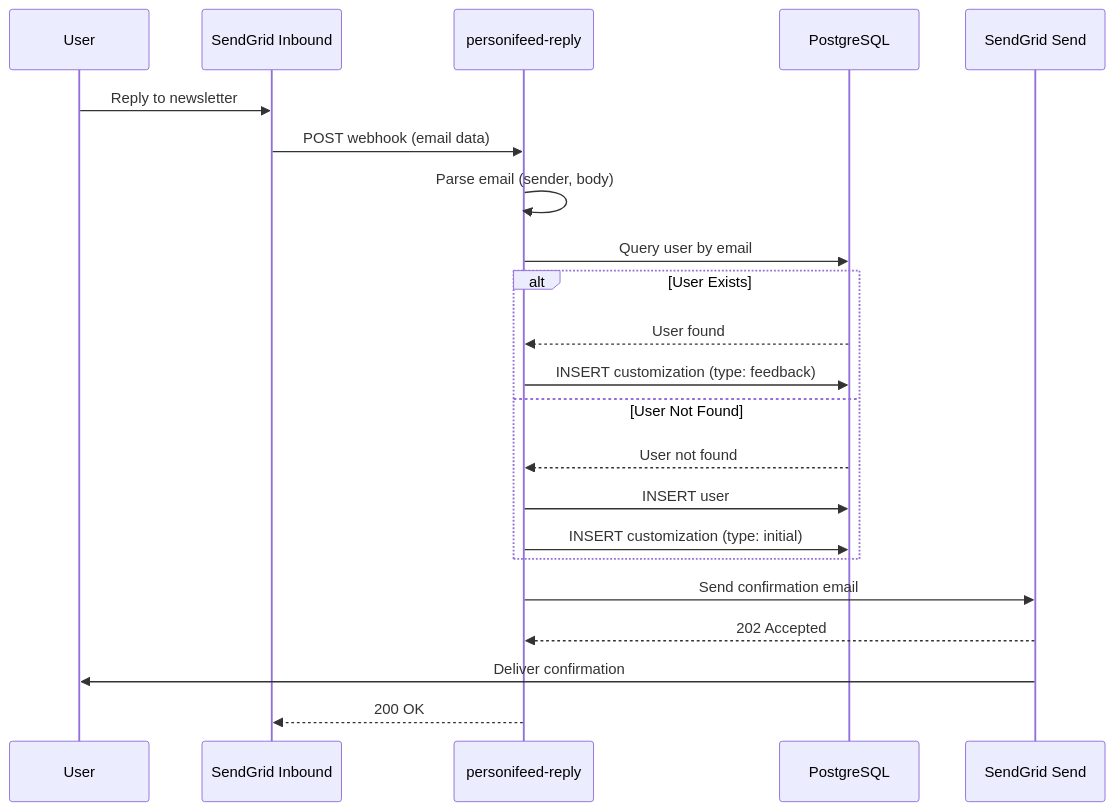
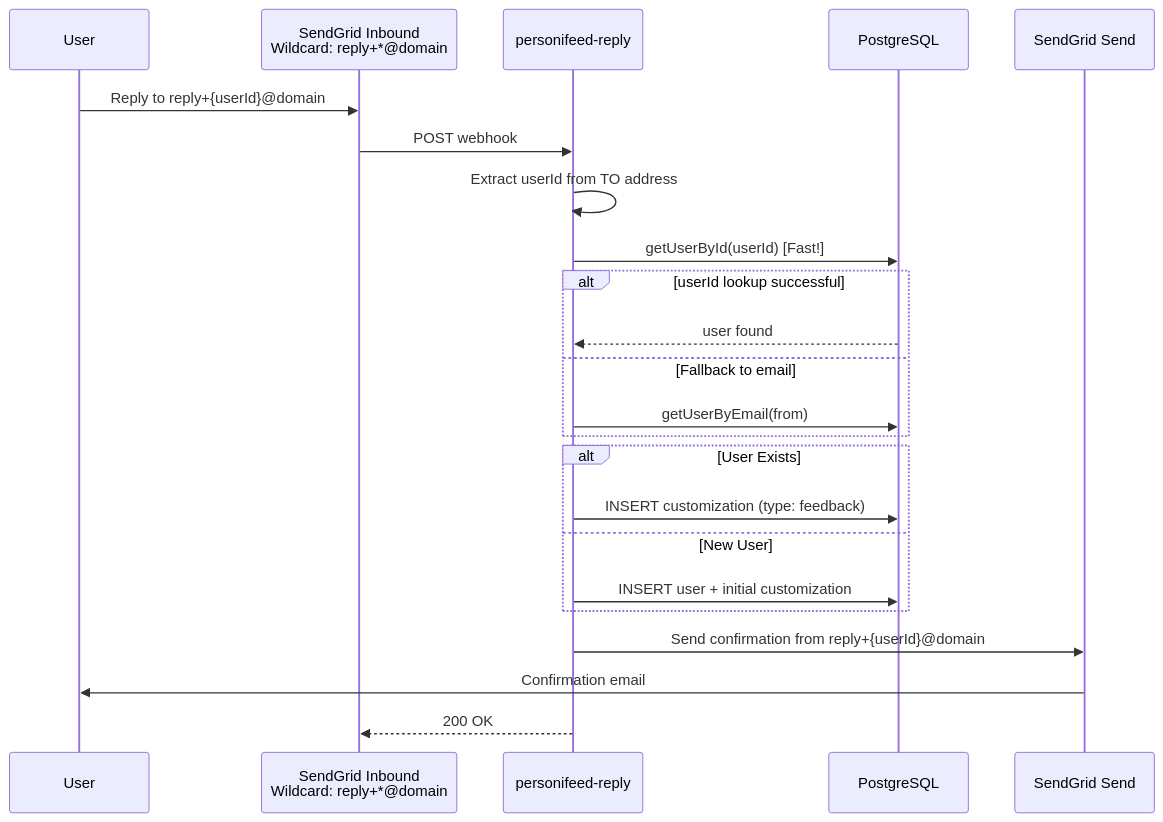
The fourth of 4 diagrams in docs/personifeed-architecture.md (tgoc99/llmbox), drawn with Mermaid before and after one commit. The commit also changed other lines of this file and 8 other files, not shown here.

````diff
--- a/docs/personifeed-architecture.md
+++ b/docs/personifeed-architecture.md
@@ -1092,29 +810,29 @@
 ```mermaid
 sequenceDiagram
     participant User
-    participant SendGrid_In as SendGrid Inbound
-    participant ReplyFunc as personifeed-reply
-    participant Database as PostgreSQL
+    participant SendGrid_In as SendGrid Inbound<br/>Wildcard: reply+*@domain
+    participant Reply as personifeed-reply
+    participant DB as PostgreSQL
     participant SendGrid_Out as SendGrid Send
 
-    User->>SendGrid_In: Reply to newsletter
-    SendGrid_In->>ReplyFunc: POST webhook (email data)
+    User->>SendGrid_In: Reply to reply+{userId}@domain
+    SendGrid_In->>Reply: POST webhook
+    Reply->>Reply: Extract userId from TO address
+    Reply->>DB: getUserById(userId) [Fast!]
 
-    ReplyFunc->>ReplyFunc: Parse email (sender, body)
-    ReplyFunc->>Database: Query user by email
+    alt userId lookup successful
+        DB-->>Reply: user found
+    else Fallback to email
+        Reply->>DB: getUserByEmail(from)
+    end
 
     alt User Exists
-        Database-->>ReplyFunc: User found
-        ReplyFunc->>Database: INSERT customization (type: feedback)
-    else User Not Found
-        Database-->>ReplyFunc: User not found
-        ReplyFunc->>Database: INSERT user
-        ReplyFunc->>Database: INSERT customization (type: initial)
+        Reply->>DB: INSERT customization (type: feedback)
+    else New User
+        Reply->>DB: INSERT user + initial customization
     end
 
-    ReplyFunc->>SendGrid_Out: Send confirmation email
-    SendGrid_Out-->>ReplyFunc: 202 Accepted
-    SendGrid_Out->>User: Deliver confirmation
-
-    ReplyFunc-->>SendGrid_In: 200 OK
+    Reply->>SendGrid_Out: Send confirmation from reply+{userId}@domain
+    SendGrid_Out->>User: Confirmation email
+    Reply-->>SendGrid_In: 200 OK
 ```
````
